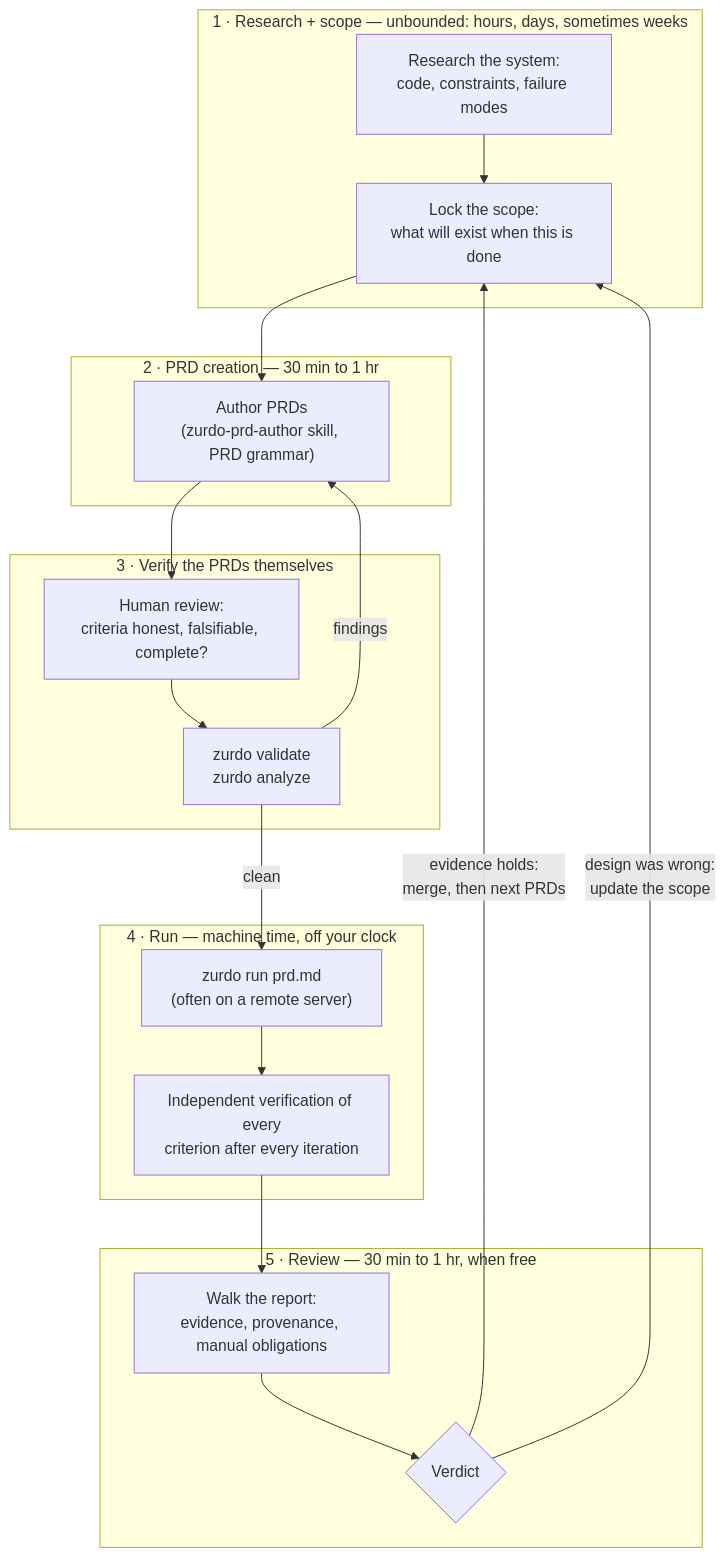
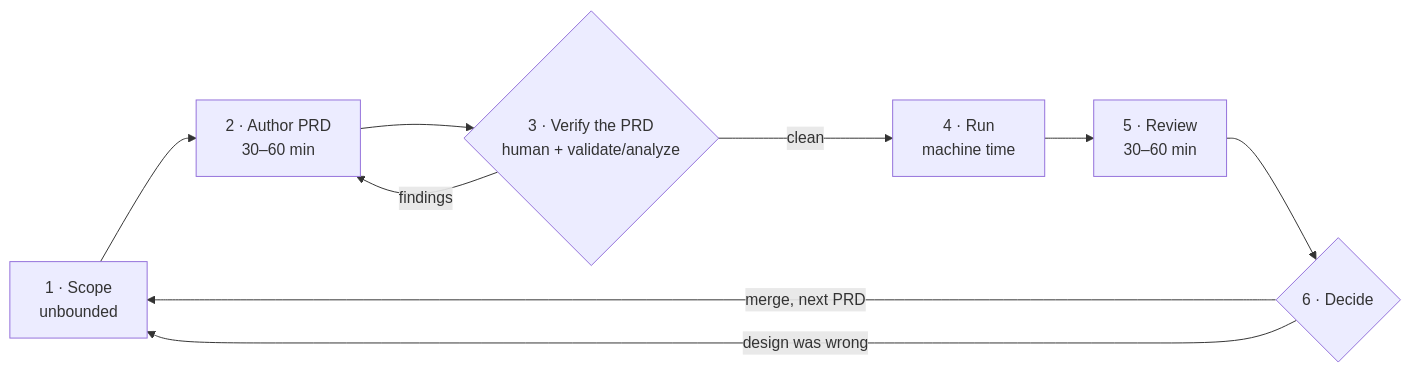
The first of 2 diagrams in docs/workflow.md (NumeronAI/zurdo.github.io), drawn with Mermaid before and after one commit. The commit also changed other lines of this file and 17 other files, not shown here.

````diff
--- a/docs/workflow.md
+++ b/docs/workflow.md
@@ -28,36 +28,11 @@
 ```mermaid
-flowchart TD
-    subgraph SCOPE["1 · Research + scope — unbounded: hours, days, sometimes weeks"]
-        R["Research the system:<br/>code, constraints, failure modes"] --> S["Lock the scope:<br/>what will exist when this is done"]
-    end
-
-    subgraph AUTHOR["2 · PRD creation — 30 min to 1 hr"]
-        P["Author PRDs<br/>(zurdo-prd-author skill, PRD grammar)"]
-    end
-
-    subgraph GATE["3 · Verify the PRDs themselves"]
-        HV["Human review:<br/>criteria honest, falsifiable, complete?"]
-        ZV["zurdo validate<br/>zurdo analyze"]
-    end
-
-    subgraph RUN["4 · Run — machine time, off your clock"]
-        X["zurdo run prd.md<br/>(often on a remote server)"]
-        V["Independent verification of every<br/>criterion after every iteration"]
-    end
-
-    subgraph REVIEW["5 · Review — 30 min to 1 hr, when free"]
-        REP["Walk the report:<br/>evidence, provenance, manual obligations"]
-        D{"Verdict"}
-    end
-
-    S --> P
-    P --> HV
-    HV --> ZV
-    ZV -- "findings" --> P
-    ZV -- "clean" --> X
-    X --> V
-    V --> REP
-    REP --> D
-    D -- "evidence holds:<br/>merge, then next PRDs" --> S
-    D -- "design was wrong:<br/>update the scope" --> S
+flowchart LR
+    S["1 · Scope<br/>unbounded"] --> A["2 · Author PRD<br/>30–60 min"]
+    A --> G{"3 · Verify the PRD<br/>human + validate/analyze"}
+    G -->|findings| A
+    G -->|clean| R["4 · Run<br/>machine time"]
+    R --> V["5 · Review<br/>30–60 min"]
+    V --> D{"6 · Decide"}
+    D -->|"merge, next PRD"| S
+    D -->|"design was wrong"| S
 ```
````
